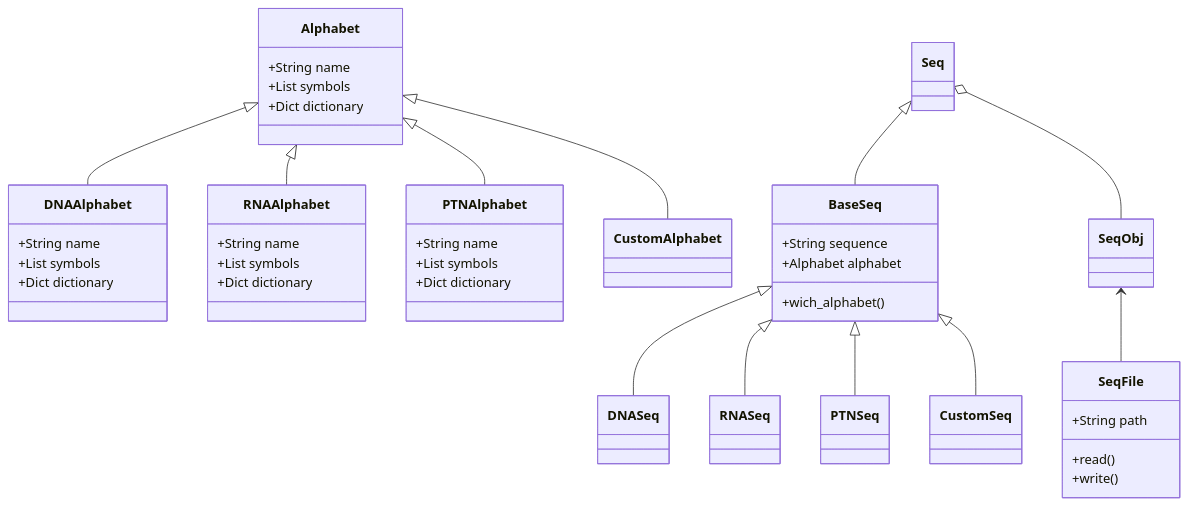
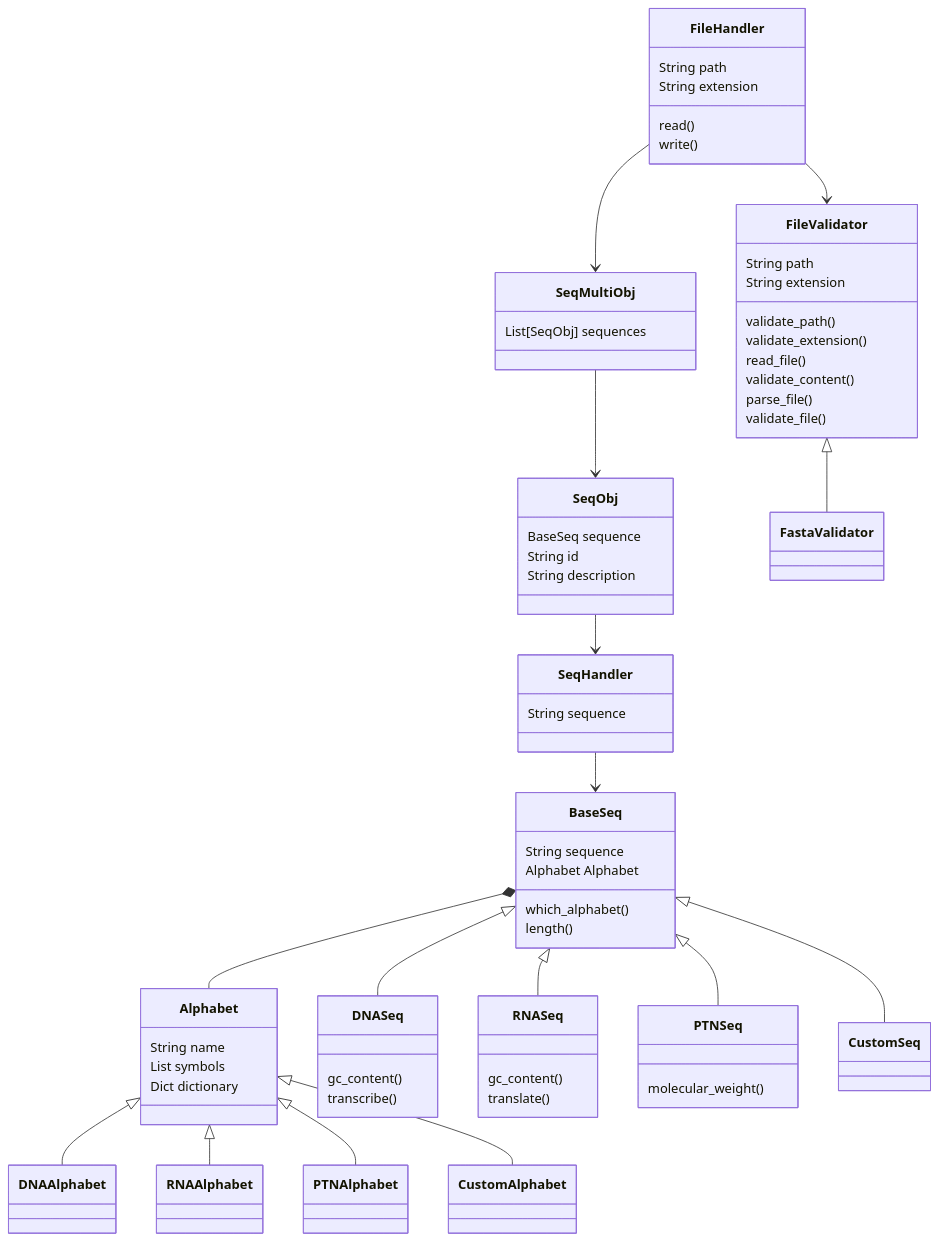
One commit to lorranavf/pyladies_bioinfo_projetc_v1 changed the diagram in docs/class.md. Above: the diagram before and after it, drawn with Mermaid. The commit also changed 8 other files, not shown here.

````diff
--- a/docs/class.md
+++ b/docs/class.md
@@ -3,61 +3,83 @@
 ```mermaid
 
 classDiagram
 
-class Alphabet{
-    +String name
-    +List symbols
-    +Dict dictionary
-}
-class DNAAlphabet{
-    +String name
-    +List symbols
-    +Dict dictionary
-}
-class RNAAlphabet{
-    +String name
-    +List symbols
-    +Dict dictionary
-}
-class PTNAlphabet{
-    +String name
-    +List symbols
-    +Dict dictionary
-}
+    class Alphabet{
+        String name
+        List symbols
+        Dict dictionary
+    }
+    class DNAAlphabet{}
+    class RNAAlphabet{}
+    class PTNAlphabet{}
+    class CustomAlphabet{}
 
-class BaseSeq{
-    +String sequence
-    +Alphabet alphabet
-    +wich_alphabet()
-}
+    class BaseSeq{
+        String sequence
+        Alphabet Alphabet
+        which_alphabet()
+        length()
+    }
+    class DNASeq{
+        gc_content()
+        transcribe()
+    }
+    class RNASeq{
+        gc_content()
+        translate()
+    }
+    class PTNSeq{
+        molecular_weight()
+    }
+    class CustomSeq{}
 
-class DNASeq{}
-class RNASeq{}
-class PTNSeq{}
-class CustomSeq{}
+    class SeqHandler{
+        String sequence
+    }
 
-class Seq{}
-class SeqObj{}
+    class SeqObj{
+        BaseSeq sequence
+        String id
+        String description
+    }
+    class SeqMultiObj{
+        List[SeqObj] sequences
+    }
+    class FileHandler{
+        String path
+        String extension
+        read()
+        write()
+    }
+    class FileValidator{
+        String path
+        String extension
+        validate_path()
+        validate_extension()
+        read_file()
+        validate_content()
+        parse_file()
+        validate_file()
+    }
+    class FastaValidator{}
 
-class SeqFile{
-    +String path
-    +read()
-    +write()
-}
+    Alphabet <|-- DNAAlphabet
+    Alphabet <|-- RNAAlphabet
+    Alphabet <|-- PTNAlphabet
+    Alphabet <|-- CustomAlphabet
 
-Alphabet <|-- DNAAlphabet
-Alphabet <|-- RNAAlphabet
-Alphabet <|-- PTNAlphabet
-Alphabet <|-- CustomAlphabet
+    BaseSeq *-- Alphabet
+    BaseSeq <|-- DNASeq
+    BaseSeq <|-- RNASeq
+    BaseSeq <|-- PTNSeq
+    BaseSeq <|-- CustomSeq
 
-BaseSeq <|-- DNASeq
-BaseSeq <|-- RNASeq
-BaseSeq <|-- PTNSeq
-BaseSeq <|-- CustomSeq
+    FileValidator <|-- FastaValidator
 
-Seq |>-- BaseSeq
-Seq o-- SeqObj
-
-SeqObj >-- SeqFile
+    FileHandler --> FileValidator
+    FileHandler --> SeqMultiObj
+    SeqMultiObj --> SeqObj
+    SeqObj --> SeqHandler
+    SeqHandler --> BaseSeq
 
 ```
````
